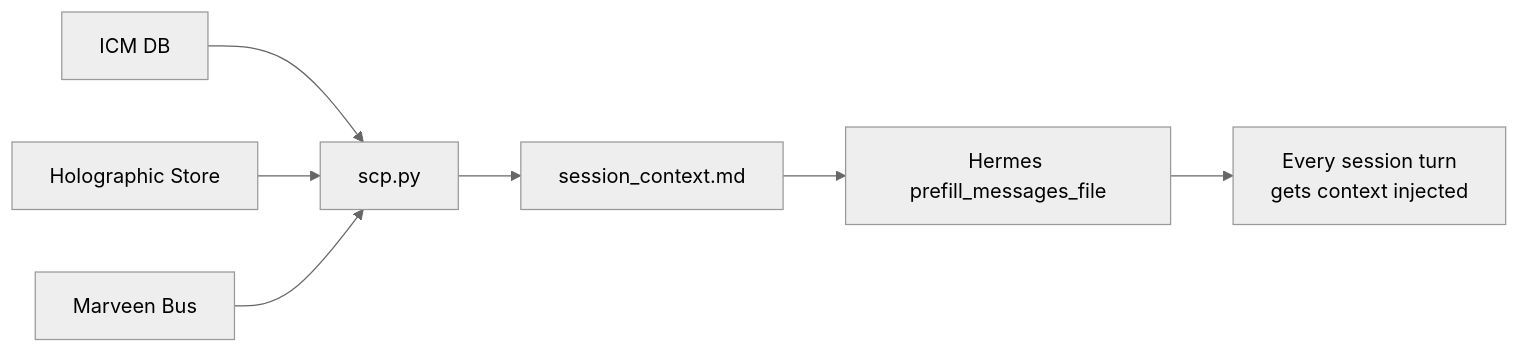
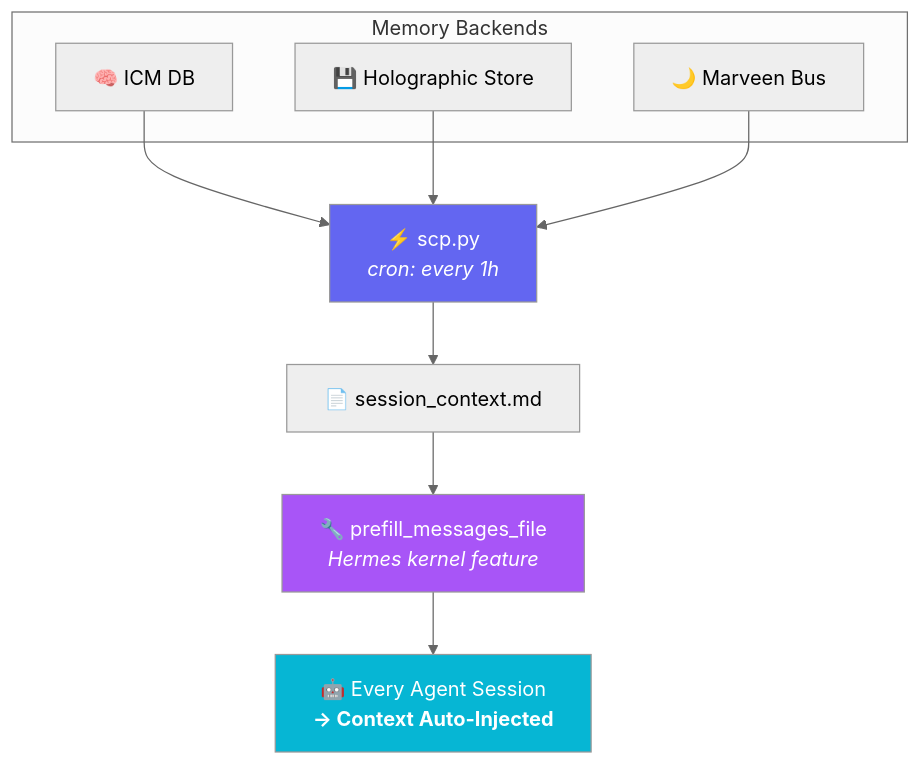
One commit to kriszmac4/scp changed the diagram in README.md. Above: the diagram before and after it, drawn with Mermaid (neutral theme). The commit also changed other lines of this file and 1 other file, not shown here.

````diff
--- a/README.md
+++ b/README.md
@@ -22,9 +40,19 @@
 ```mermaid
-flowchart LR
-    A[ICM DB] --> D[scp.py]
-    B[Holographic Store] --> D
-    C[Marveen Bus] --> D
-    D --> E[session_context.md]
-    E --> F[Hermes prefill_messages_file]
-    F --> G[Every session turn<br>gets context injected]
+flowchart TB
+    subgraph Sources["Memory Backends"]
+        A["🧠 ICM DB"] 
+        B["💾 Holographic Store"]
+        C["🌙 Marveen Bus"]
+    end
+    
+    D["⚡ scp.py<br><i>cron: every 1h</i>"] 
+    E["📄 session_context.md"]
+    F["🔧 prefill_messages_file<br><i>Hermes kernel feature</i>"]
+    G["🤖 Every Agent Session<br><b>→ Context Auto-Injected</b>"]
+    
+    A & B & C --> D --> E --> F --> G
+    
+    style D fill:#6366f1,color:#fff
+    style F fill:#a855f7,color:#fff
+    style G fill:#06b6d4,color:#fff
 ```
````
